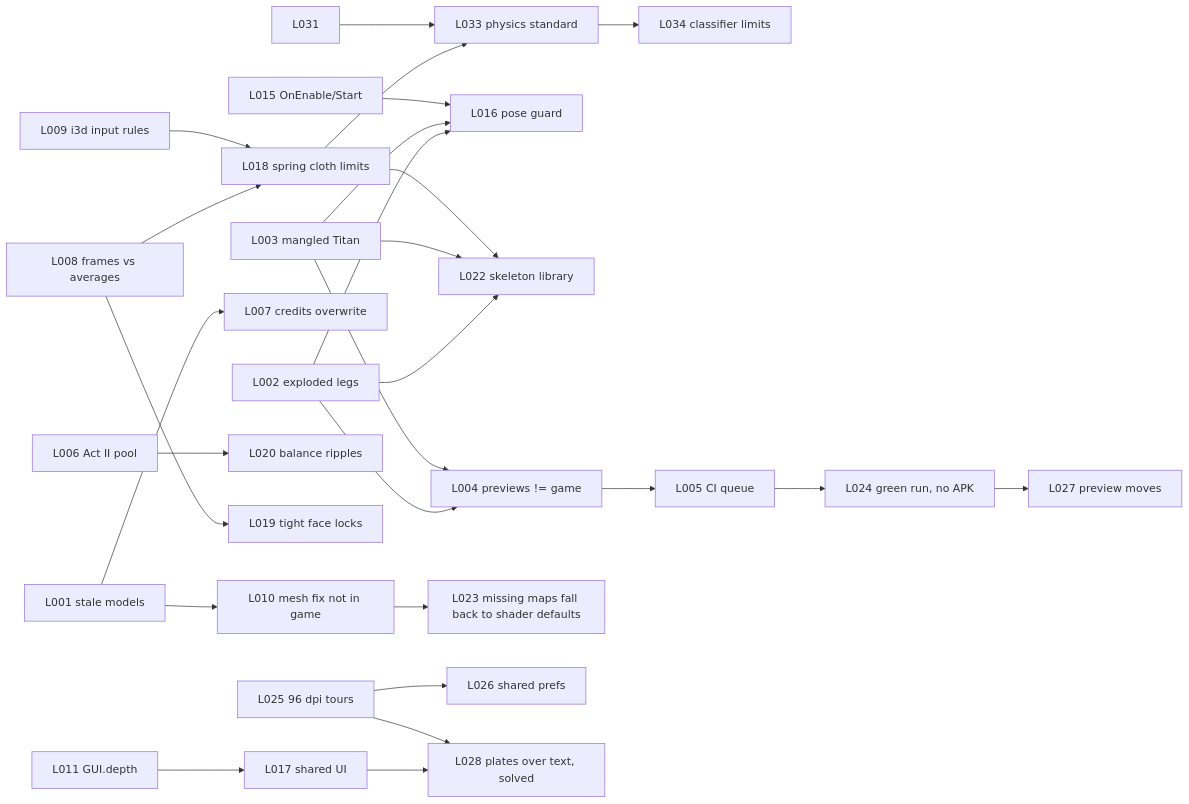
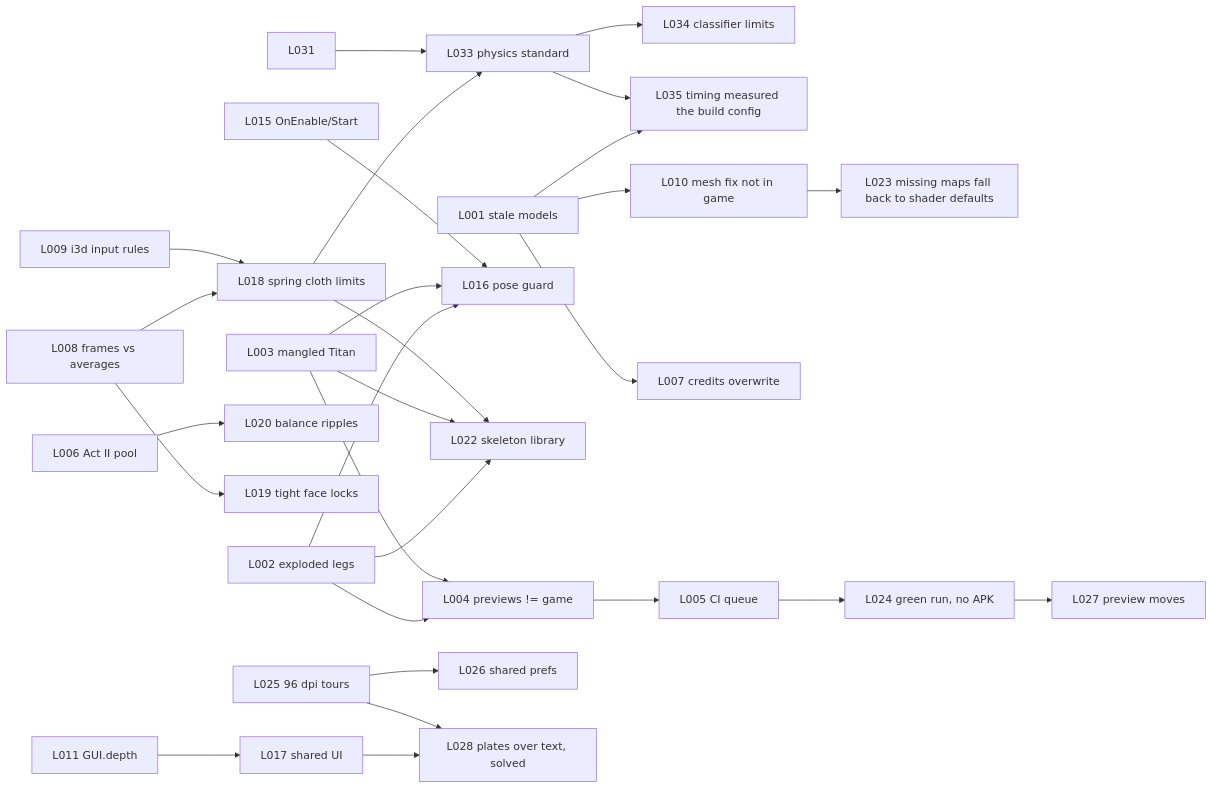
Before and after one commit to eqtitan/SigilBound: the diagram in docs/sigilbound/brain/MAP.md, drawn with Mermaid. The commit also changed other lines of this file and 4 other files, not shown here.

````diff
--- a/docs/sigilbound/brain/MAP.md
+++ b/docs/sigilbound/brain/MAP.md
@@ -28,28 +28,30 @@
 ```mermaid
 graph LR
   L018 --> L033[L033 physics standard]
   L031 --> L033
   L033 --> L034[L034 classifier limits]
+  L001 --> L035[L035 timing measured the build config]
+  L033 --> L035
   L002[L002 exploded legs] --> L016[L016 pose guard]
   L003[L003 mangled Titan] --> L016
   L002 --> L022[L022 skeleton library]
   L003 --> L022
   L018[L018 spring cloth limits] --> L022
   L004[L004 previews != game] --> L005[L005 CI queue]
   L002 --> L004
   L003 --> L004
   L001[L001 stale models] --> L007[L007 credits overwrite]
   L001 --> L010[L010 mesh fix not in game]
   L010 --> L023[L023 missing maps fall back to shader defaults]
   L006[L006 Act II pool] --> L020[L020 balance ripples]
   L008[L008 frames vs averages] --> L019[L019 tight face locks]
   L008 --> L018
   L009[L009 i3d input rules] --> L018
   L011[L011 GUI.depth] --> L017[L017 shared UI]
   L015[L015 OnEnable/Start] --> L016
   L005 --> L024[L024 green run, no APK]
   L024 --> L027[L027 preview moves]
   L025[L025 96 dpi tours] --> L026[L026 shared prefs]
   L017 --> L028[L028 plates over text, solved]
   L025 --> L028
 ```
````
